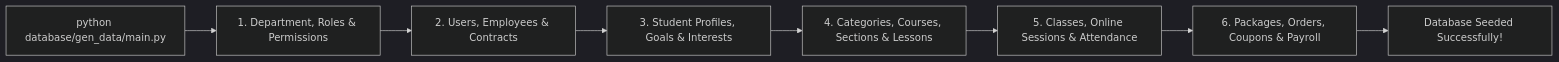
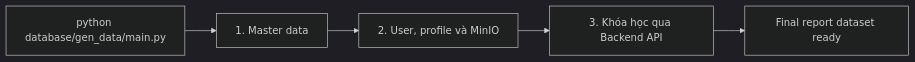
One commit to vutiendat2302/ai-personalized-lms changed the third of 3 diagrams in database/README.md. Above: the diagram before and after it, drawn with Mermaid (dark theme). The commit also changed other lines of this file and 332 other files, not shown here.

````diff
--- a/database/README.md
+++ b/database/README.md
@@ -182,10 +198,7 @@
 ```mermaid
 flowchart LR
-    Start["python database/gen_data/main.py"] --> AuthSeed["1. Department, Roles & Permissions"]
-    AuthSeed --> UserSeed["2. Users, Employees & Contracts"]
-    UserSeed --> StudentSeed["3. Student Profiles, Goals & Interests"]
-    StudentSeed --> CourseSeed["4. Categories, Courses, Sections & Lessons"]
-    CourseSeed --> ClassSeed["5. Classes, Online Sessions & Attendance"]
-    ClassSeed --> CommerceSeed["6. Packages, Orders, Coupons & Payroll"]
-    CommerceSeed --> Complete["Database Seeded Successfully!"]
+    Start["python database/gen_data/main.py"] --> Static["1. Master data"]
+    Static --> Identity["2. User, profile và MinIO"]
+    Identity --> Course["3. Khóa học qua Backend API"]
+    Course --> Complete["Final report dataset ready"]
 ```
````
